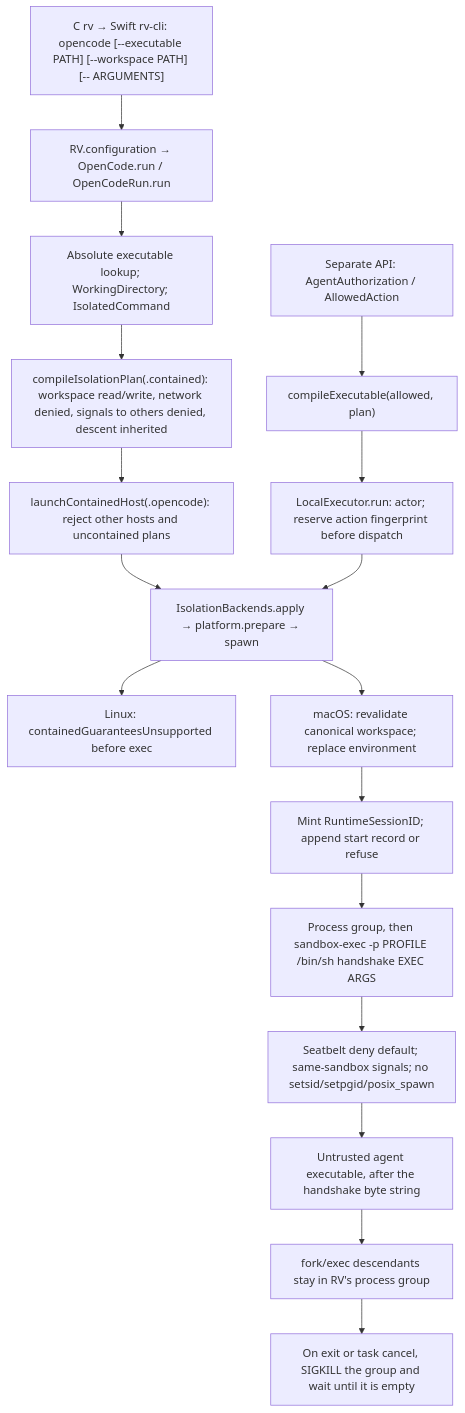
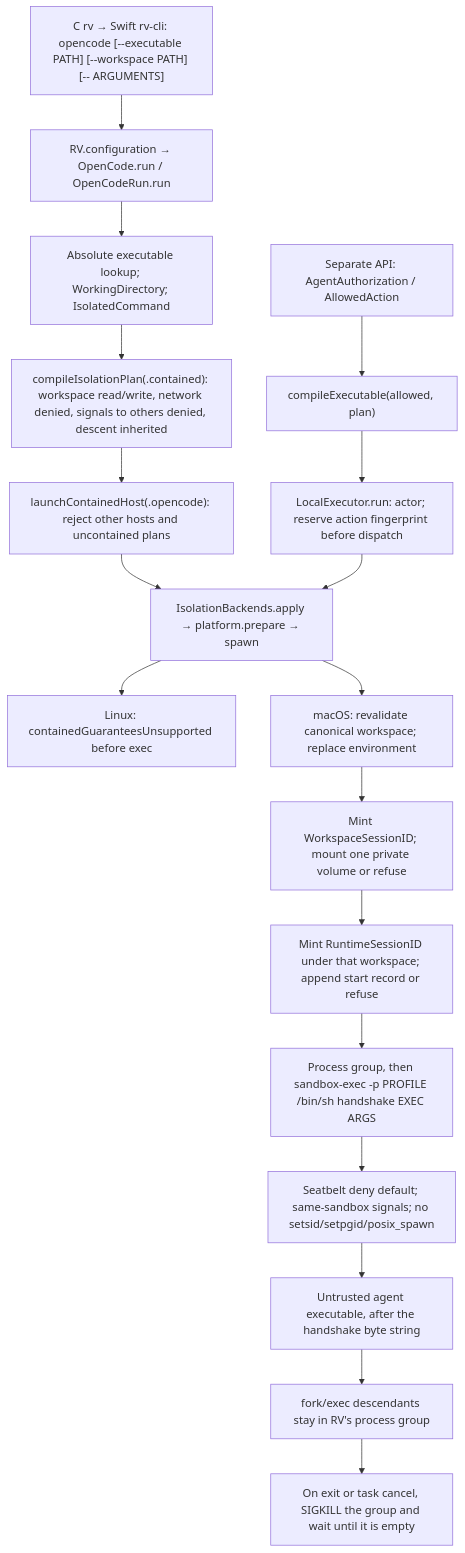
The diagram in docs/security/runtime-boundary.md (christopherkarani/rv), drawn with Mermaid before and after one commit. The commit also changed other lines of this file and 18 other files, not shown here.

First line of the commit message:
Own the private volume for the workspace, not each runtime. (#322)

````diff
--- a/docs/security/runtime-boundary.md
+++ b/docs/security/runtime-boundary.md
@@ -7,20 +7,21 @@
 ```mermaid
 flowchart TD
     CLI["C rv → Swift rv-cli: opencode [--executable PATH] [--workspace PATH] [-- ARGUMENTS]"] --> Parse["RV.configuration → OpenCode.run / OpenCodeRun.run"]
     Parse --> Resolve["Absolute executable lookup; WorkingDirectory; IsolatedCommand"]
     Resolve --> Plan["compileIsolationPlan(.contained): workspace read/write, network denied, signals to others denied, descent inherited"]
     Plan --> Launch["launchContainedHost(.opencode): reject other hosts and uncontained plans"]
     Launch --> Apply["IsolationBackends.apply → platform.prepare → spawn"]
     Apply --> Linux["Linux: containedGuaranteesUnsupported before exec"]
     Apply --> Env["macOS: revalidate canonical workspace; replace environment"]
-    Env --> Record["Mint RuntimeSessionID; append start record or refuse"]
+    Env --> Workspace["Mint WorkspaceSessionID; mount one private volume or refuse"]
+    Workspace --> Record["Mint RuntimeSessionID under that workspace; append start record or refuse"]
     Record --> Mac["Process group, then sandbox-exec -p PROFILE /bin/sh handshake EXEC ARGS"]
     Mac --> Seatbelt["Seatbelt deny default; same-sandbox signals; no setsid/setpgid/posix_spawn"]
     Seatbelt --> Agent["Untrusted agent executable, after the handshake byte string"]
     Agent --> Children["fork/exec descendants stay in RV's process group"]
     Children --> Wait["On exit or task cancel, SIGKILL the group and wait until it is empty"]
 
     Authorization["Separate API: AgentAuthorization / AllowedAction"] --> Compile["compileExecutable(allowed, plan)"]
     Compile --> Executor["LocalExecutor.run: actor; reserve action fingerprint before dispatch"]
     Executor --> Apply
 ```
````
